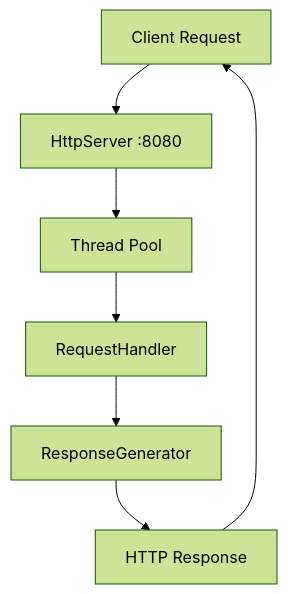
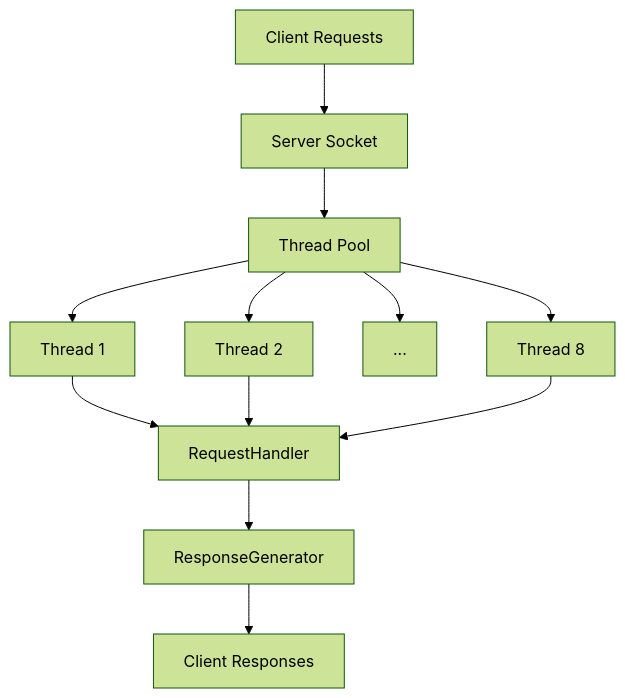
One commit to OmarDawoud4/multithreaded-http-server changed the diagram in README.md. Above: the diagram before and after it, drawn with Mermaid (forest theme).

````diff
--- a/README.md
+++ b/README.md
@@ -11,9 +11,19 @@
 ```mermaid
 graph TD
-    A[Client Request] --> B[HttpServer :8080]
-    B --> C[Thread Pool]
-    C --> D[RequestHandler]
-    D --> E[ResponseGenerator]
-    E --> F[HTTP Response]
-    F --> A
+    Clients[Client Requests] --> ServerSocket[Server Socket]
+    
+    ServerSocket --> ThreadPool[Thread Pool]
+    
+    ThreadPool --> Thread1[Thread 1]
+    ThreadPool --> Thread2[Thread 2]
+    ThreadPool --> Thread3[...]
+    ThreadPool --> Thread8[Thread 8]
+    
+    Thread1 --> Handler[RequestHandler]
+    Thread2 --> Handler
+    Thread8 --> Handler
+    
+    Handler --> Response[ResponseGenerator]
+    
+    Response --> ClientResponse[Client Responses]
 ```
````
